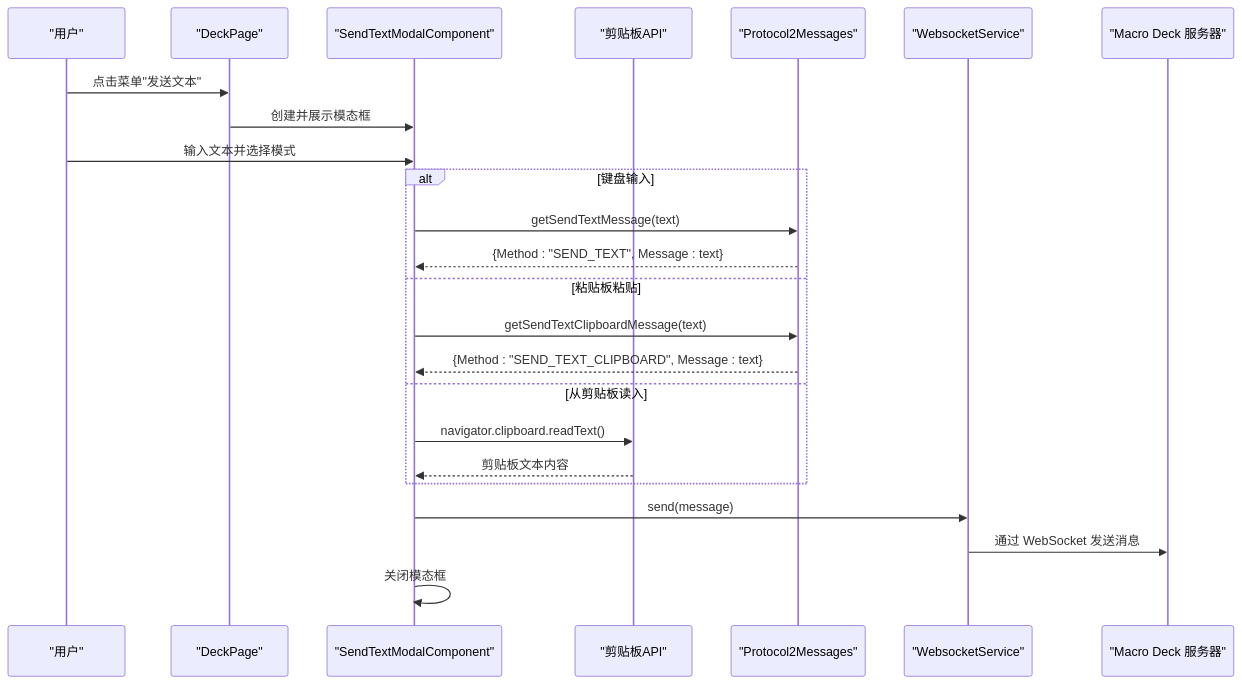
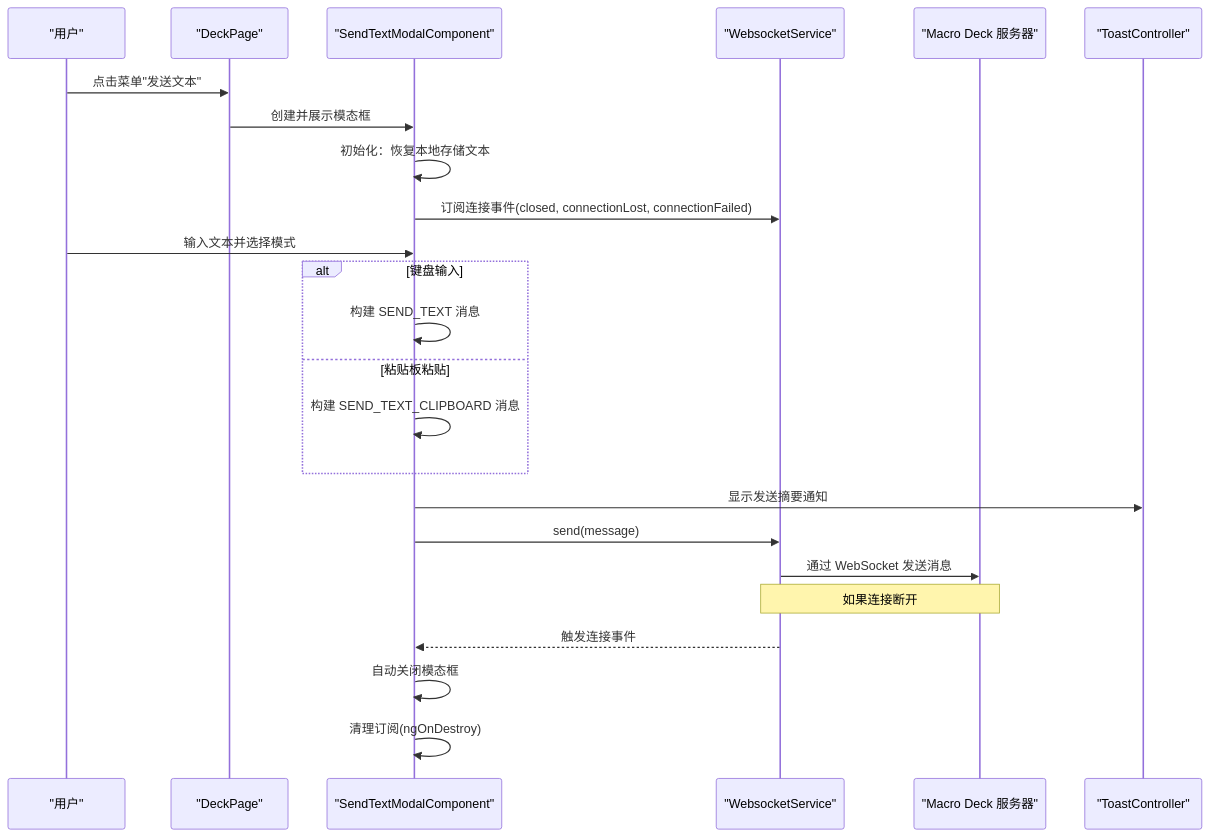
Before and after one commit to tea4go/Macro-Deck-Client-App: the second of 4 diagrams in .qoder/repowiki/zh/content/核心功能模块/文本发送功能.md, drawn with Mermaid. The commit also changed other lines of this file and 45 other files, not shown here.

````diff
--- a/.qoder/repowiki/zh/content/核心功能模块/文本发送功能.md
+++ b/.qoder/repowiki/zh/content/核心功能模块/文本发送功能.md
@@ -79,26 +81,26 @@
 ```mermaid
 sequenceDiagram
 participant User as "用户"
 participant Deck as "DeckPage"
 participant Modal as "SendTextModalComponent"
-participant Clipboard as "剪贴板API"
-participant Proto as "Protocol2Messages"
 participant WS as "WebsocketService"
 participant Server as "Macro Deck 服务器"
+participant Toast as "ToastController"
 User->>Deck : 点击菜单"发送文本"
 Deck->>Modal : 创建并展示模态框
+Modal->>Modal : 初始化：恢复本地存储文本
+Modal->>WS : 订阅连接事件(closed, connectionLost, connectionFailed)
 User->>Modal : 输入文本并选择模式
 alt 键盘输入
-Modal->>Proto : getSendTextMessage(text)
-Proto-->>Modal : {Method : "SEND_TEXT", Message : text}
+Modal->>Modal : 构建 SEND_TEXT 消息
 else 粘贴板粘贴
-Modal->>Proto : getSendTextClipboardMessage(text)
-Proto-->>Modal : {Method : "SEND_TEXT_CLIPBOARD", Message : text}
-else 从剪贴板读入
-Modal->>Clipboard : navigator.clipboard.readText()
-Clipboard-->>Modal : 剪贴板文本内容
+Modal->>Modal : 构建 SEND_TEXT_CLIPBOARD 消息
 end
+Modal->>Toast : 显示发送摘要通知
 Modal->>WS : send(message)
 WS->>Server : 通过 WebSocket 发送消息
-Modal->>Modal : 关闭模态框
+Note over WS,Server : 如果连接断开
+WS-->>Modal : 触发连接事件
+Modal->>Modal : 自动关闭模态框
+Modal->>Modal : 清理订阅(ngOnDestroy)
 ```
````
